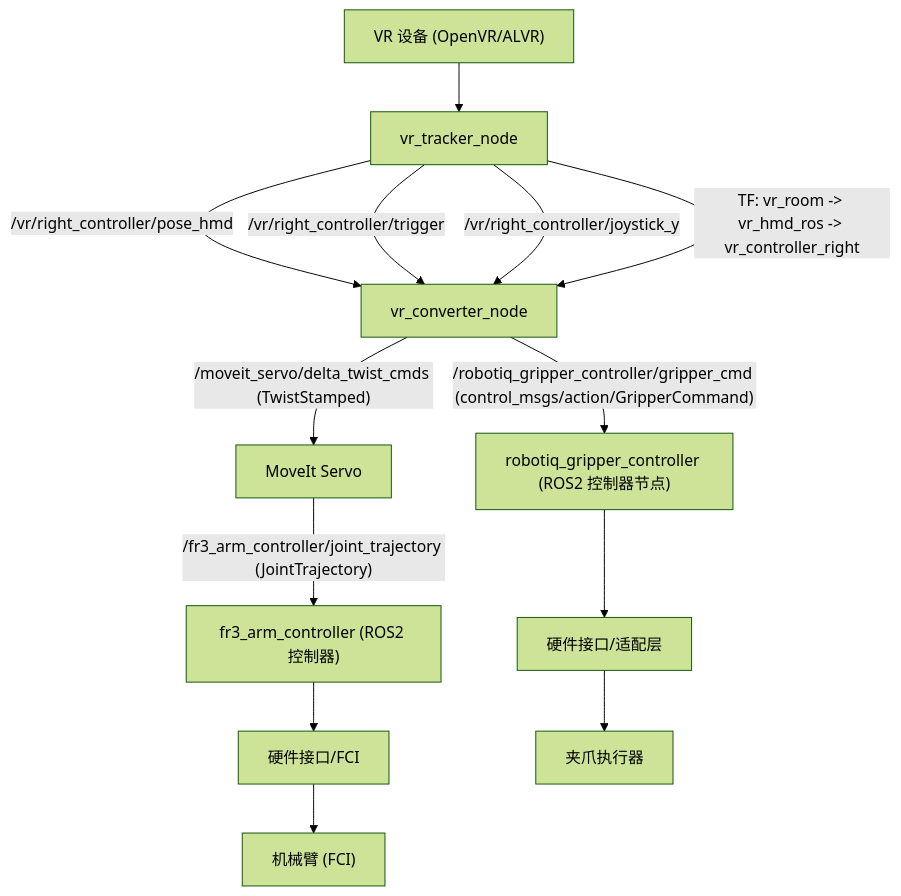
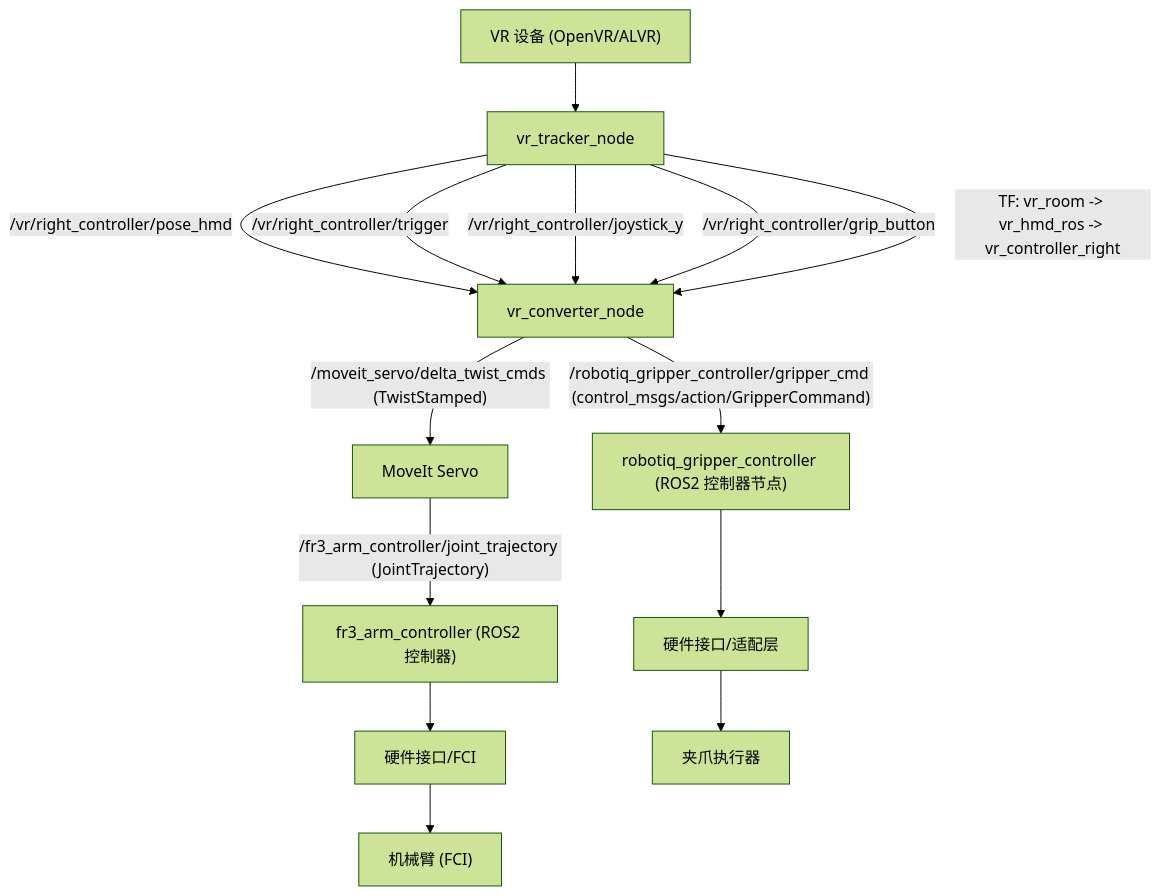
One commit to Daisywait/VR_teleop changed the diagram in vr_teleop_twist/README.md. Above: the diagram before and after it, drawn with Mermaid (forest theme). The commit also changed other lines of this file, not shown here.

````diff
--- a/vr_teleop_twist/README.md
+++ b/vr_teleop_twist/README.md
@@ -11,15 +11,16 @@
 ```mermaid
 flowchart TD
   A["VR 设备 (OpenVR/ALVR)"] --> B["vr_tracker_node"]
   B -->|"/vr/right_controller/pose_hmd"| C["vr_converter_node"]
   B -->|"/vr/right_controller/trigger"| C
   B -->|"/vr/right_controller/joystick_y"| C
+  B -->|"/vr/right_controller/grip_button"| C
   B -->|"TF: vr_room -> vr_hmd_ros -> vr_controller_right"| C
   C -->|"/moveit_servo/delta_twist_cmds (TwistStamped)"| D["MoveIt Servo"]
   D -->|"/fr3_arm_controller/joint_trajectory (JointTrajectory)"| F["fr3_arm_controller (ROS2 控制器)"]
   F --> H["硬件接口/FCI"]
   C -->|"/robotiq_gripper_controller/gripper_cmd (control_msgs/action/GripperCommand)"| E["robotiq_gripper_controller (ROS2 控制器节点)"]
   E --> E1["硬件接口/适配层"]
   E1 --> E2["夹爪执行器"]
   H --> H1["机械臂 (FCI)"]
 ```
````
